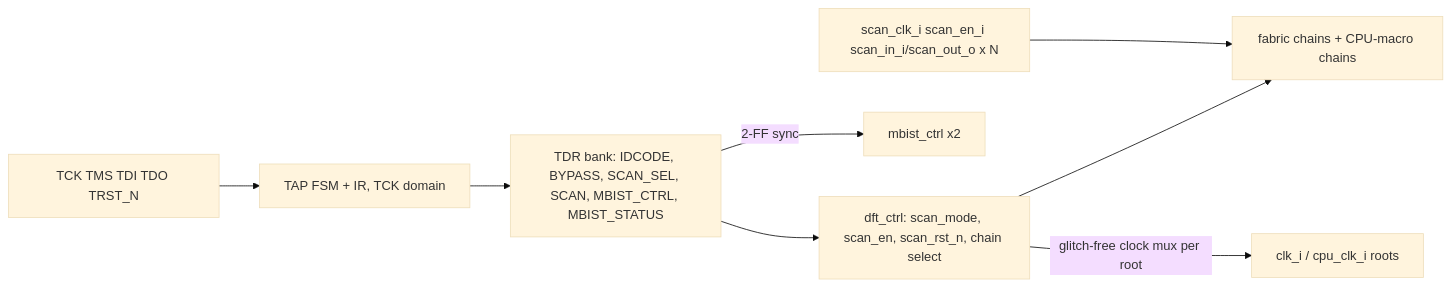
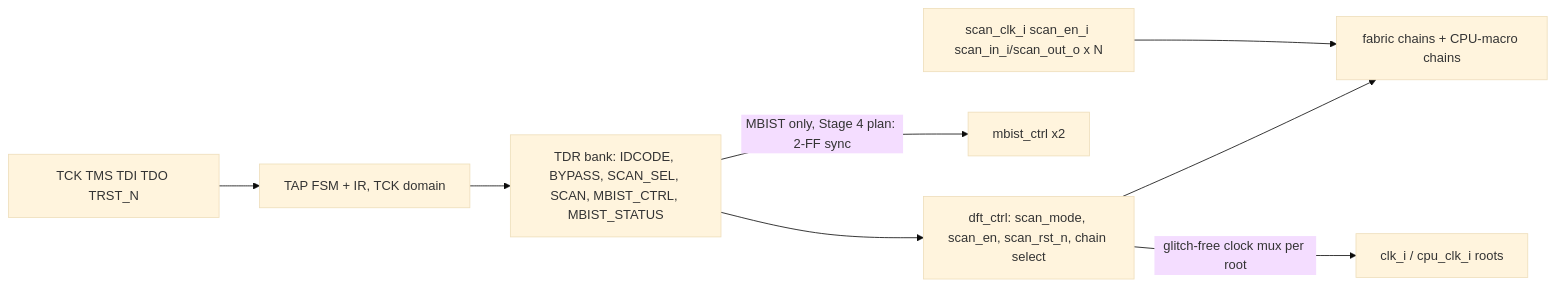
The second of 2 diagrams in docs/design/DFT_ARCHITECTURE.md (chuanseng-ng/claude_verilog_test), drawn with Mermaid (base theme) before and after one commit. The commit also changed other lines of this file, not shown here.

First line of the commit message:
[Doc] DFT_ARCHITECTURE: reconcile TCK crossing text with as-built RTL

````diff
--- a/docs/design/DFT_ARCHITECTURE.md
+++ b/docs/design/DFT_ARCHITECTURE.md
@@ -431,10 +433,10 @@
 ```mermaid
 flowchart LR
   P[TCK TMS TDI TDO TRST_N] --> T[TAP FSM + IR, TCK domain]
   PP[scan_clk_i scan_en_i scan_in_i/scan_out_o x N] --> CH
   T --> D[TDR bank: IDCODE, BYPASS, SCAN_SEL, SCAN, MBIST_CTRL, MBIST_STATUS]
   D --> TC[dft_ctrl: scan_mode, scan_en, scan_rst_n, chain select]
   TC -->|glitch-free clock mux per root| CK[clk_i / cpu_clk_i roots]
   TC --> CH[fabric chains + CPU-macro chains]
-  D -->|2-FF sync| MB[mbist_ctrl x2]
+  D -->|MBIST only, Stage 4 plan: 2-FF sync| MB[mbist_ctrl x2]
 ```
````
